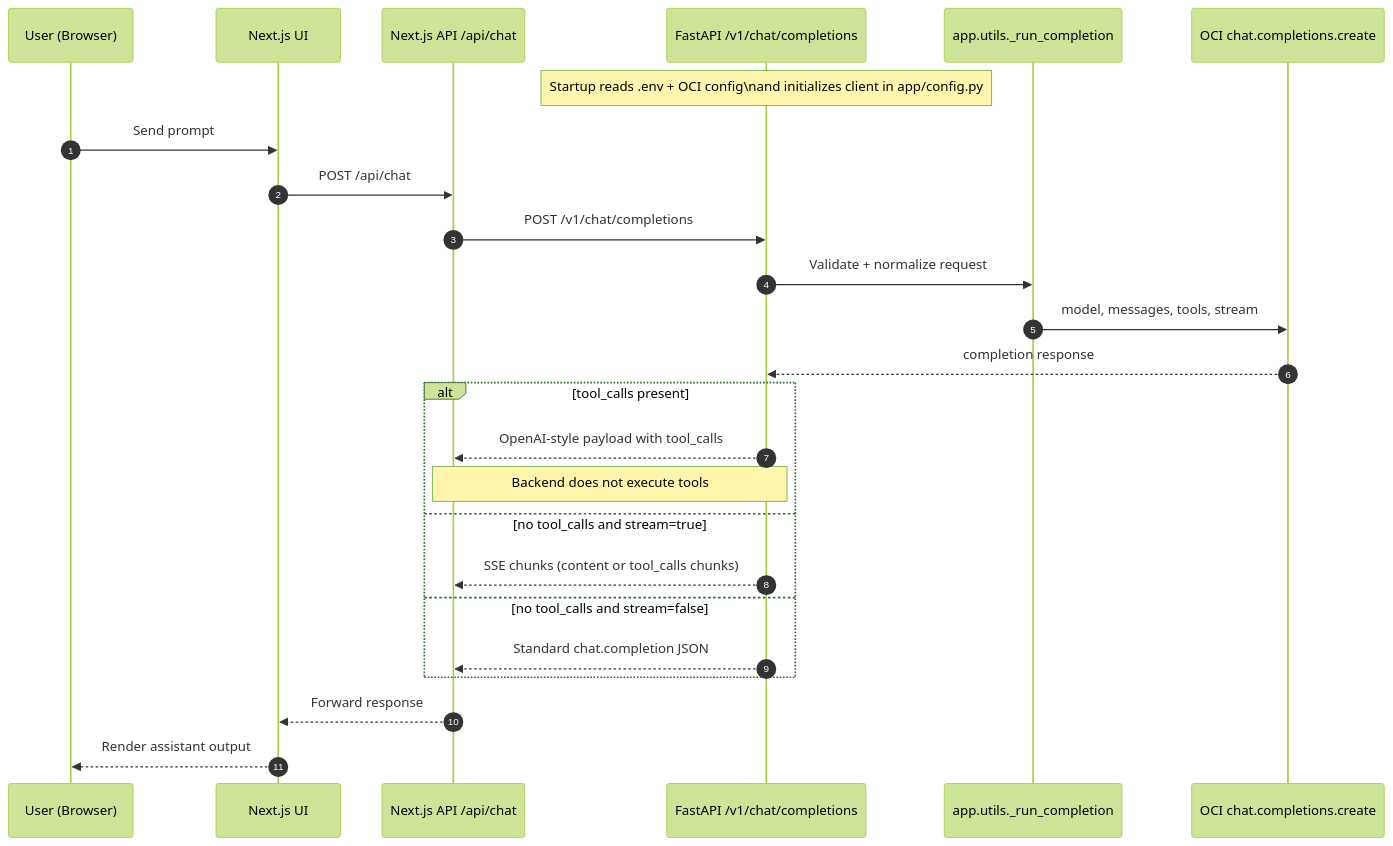
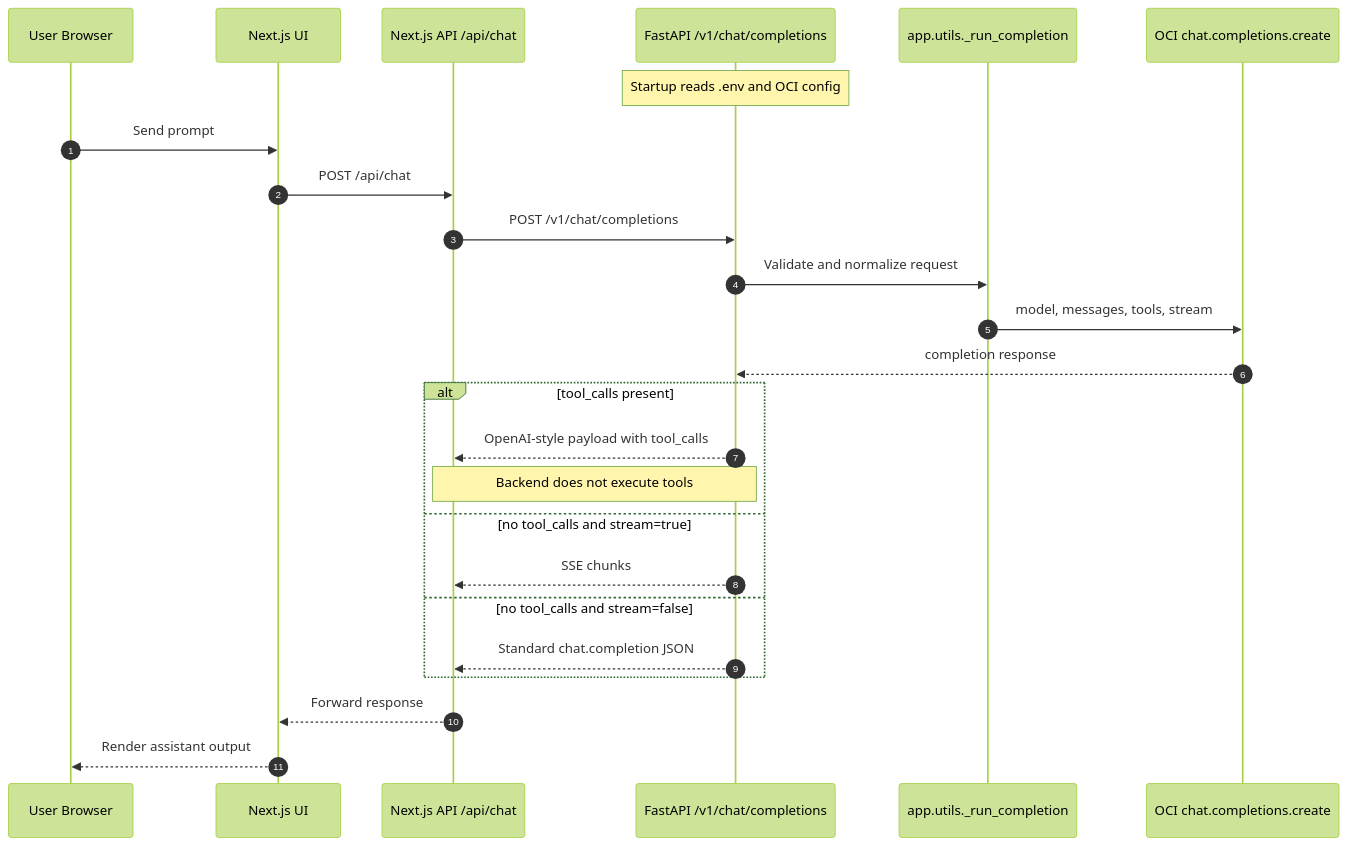
The diagram in nextjs-oci-openai-chat/readme.md (varunyn/ai-tools), drawn with Mermaid (forest theme) before and after one commit. The commit also changed other lines of this file and 2 other files, not shown here.

Commit message:
Refresh app READMEs with concise setup and Mermaid flows

````diff
--- a/nextjs-oci-openai-chat/readme.md
+++ b/nextjs-oci-openai-chat/readme.md
@@ -67,31 +28,30 @@
 ```mermaid
 sequenceDiagram
     autonumber
-    participant U as User (Browser)
+    participant U as User Browser
     participant FE as Next.js UI
     participant API as Next.js API /api/chat
     participant BE as FastAPI /v1/chat/completions
     participant UTIL as app.utils._run_completion
     participant OCI as OCI chat.completions.create
 
-    Note over BE: Startup reads .env + OCI config\nand initializes client in app/config.py
-
+    Note over BE: Startup reads .env and OCI config
     U->>FE: Send prompt
     FE->>API: POST /api/chat
     API->>BE: POST /v1/chat/completions
-    BE->>UTIL: Validate + normalize request
+    BE->>UTIL: Validate and normalize request
     UTIL->>OCI: model, messages, tools, stream
     OCI-->>BE: completion response
 
     alt tool_calls present
         BE-->>API: OpenAI-style payload with tool_calls
         Note over BE,API: Backend does not execute tools
     else no tool_calls and stream=true
-        BE-->>API: SSE chunks (content or tool_calls chunks)
+        BE-->>API: SSE chunks
     else no tool_calls and stream=false
         BE-->>API: Standard chat.completion JSON
     end
 
     API-->>FE: Forward response
     FE-->>U: Render assistant output
 ```
````
